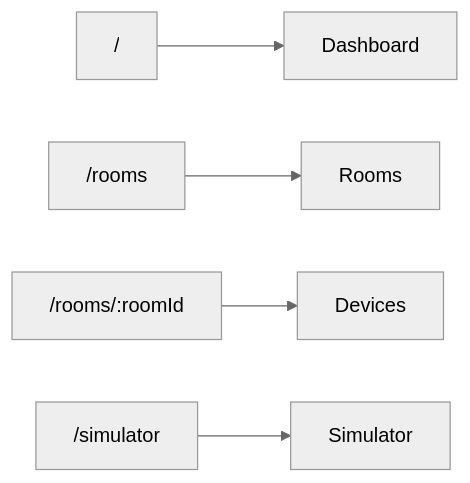
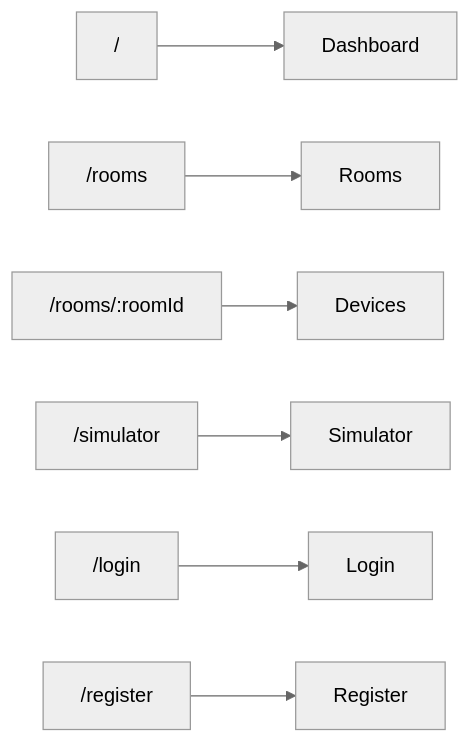
The fourth of 4 diagrams in docs/uml-diagram.md (jku-win-se/teaching-2026.ss.prse.braeuer.team5), drawn with Mermaid (neutral theme) before and after one commit. The commit also changed other lines of this file, not shown here.

Commit message:
#62 [0.2] Update UML Diagramm für Auth Flow

````diff
--- a/docs/uml-diagram.md
+++ b/docs/uml-diagram.md
@@ -104,7 +146,9 @@
 ```mermaid
 graph LR
     root["/"] --> Dashboard
     rooms["/rooms"] --> Rooms
     roomId["/rooms/:roomId"] --> Devices
     sim["/simulator"] --> Simulator
+    login["/login"] --> Login
+    register["/register"] --> Register
 ```
````
